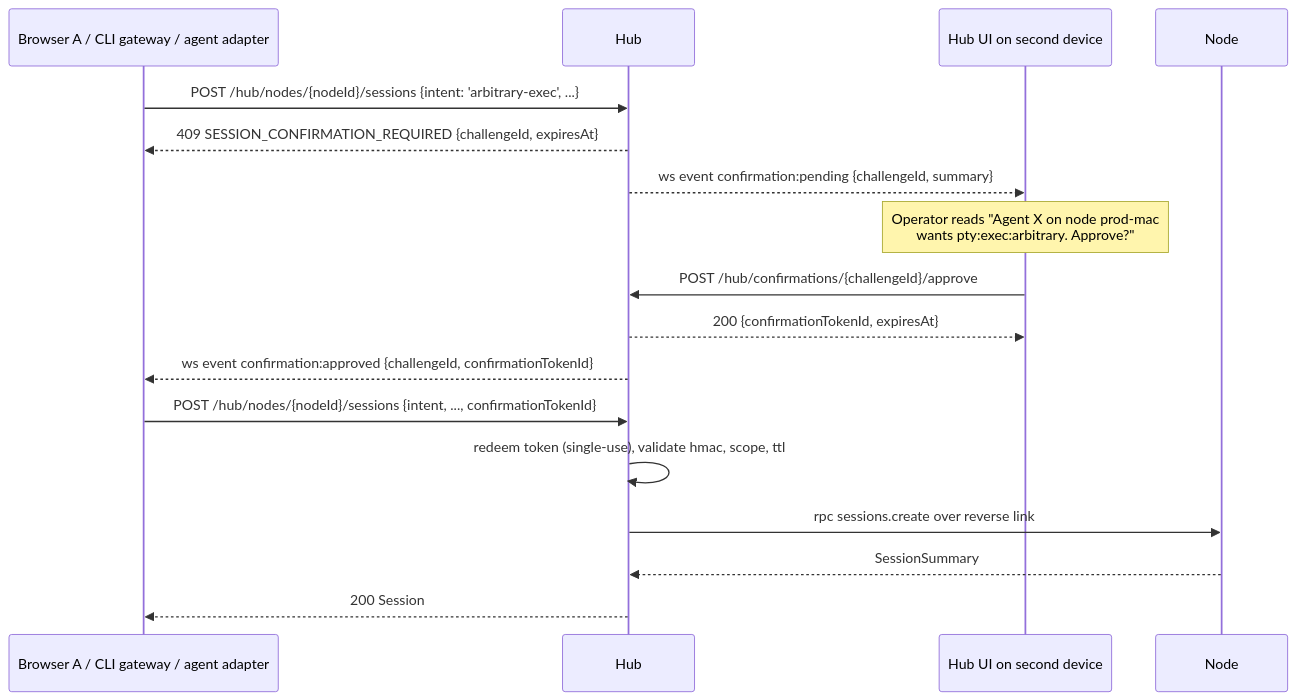
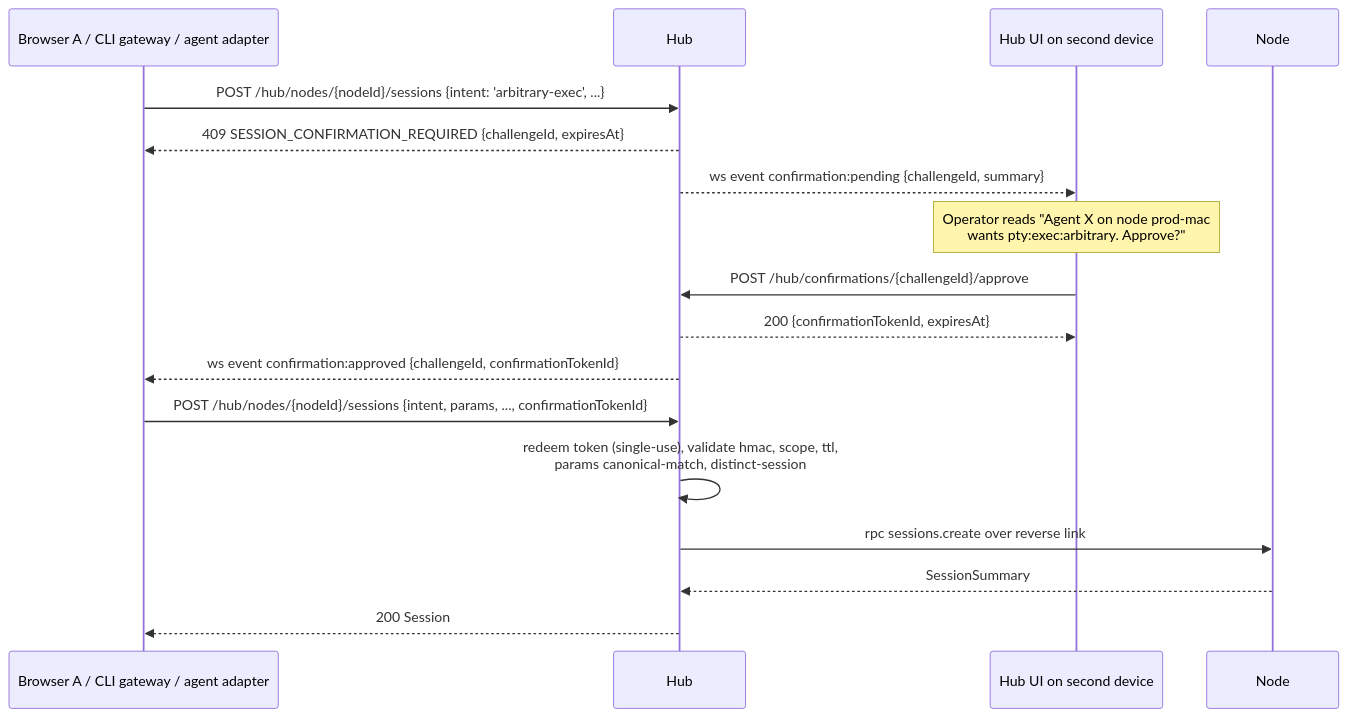
One commit to donovan-yohan/relay-ide changed the diagram in docs/spikes/422-capability-bits-rotation-confirmation.md. Above: the diagram before and after it, drawn with Mermaid. The commit also changed other lines of this file, not shown here.

````diff
--- a/docs/spikes/422-capability-bits-rotation-confirmation.md
+++ b/docs/spikes/422-capability-bits-rotation-confirmation.md
@@ -370,20 +434,20 @@
 ```mermaid
 sequenceDiagram
     participant Caller as Browser A / CLI gateway / agent adapter
     participant Hub
     participant ApproverUI as Hub UI on second device
     participant Node
 
     Caller->>Hub: POST /hub/nodes/{nodeId}/sessions {intent: 'arbitrary-exec', ...}
     Hub-->>Caller: 409 SESSION_CONFIRMATION_REQUIRED {challengeId, expiresAt}
     Hub-->>ApproverUI: ws event confirmation:pending {challengeId, summary}
     Note over ApproverUI: Operator reads "Agent X on node prod-mac<br/>wants pty:exec:arbitrary. Approve?"
     ApproverUI->>Hub: POST /hub/confirmations/{challengeId}/approve
     Hub-->>ApproverUI: 200 {confirmationTokenId, expiresAt}
     Hub-->>Caller: ws event confirmation:approved {challengeId, confirmationTokenId}
-    Caller->>Hub: POST /hub/nodes/{nodeId}/sessions {intent, ..., confirmationTokenId}
-    Hub->>Hub: redeem token (single-use), validate hmac, scope, ttl
+    Caller->>Hub: POST /hub/nodes/{nodeId}/sessions {intent, params, ..., confirmationTokenId}
+    Hub->>Hub: redeem token (single-use), validate hmac, scope, ttl,<br/>params canonical-match, distinct-session
     Hub->>Node: rpc sessions.create over reverse link
     Node-->>Hub: SessionSummary
     Hub-->>Caller: 200 Session
 ```
````
